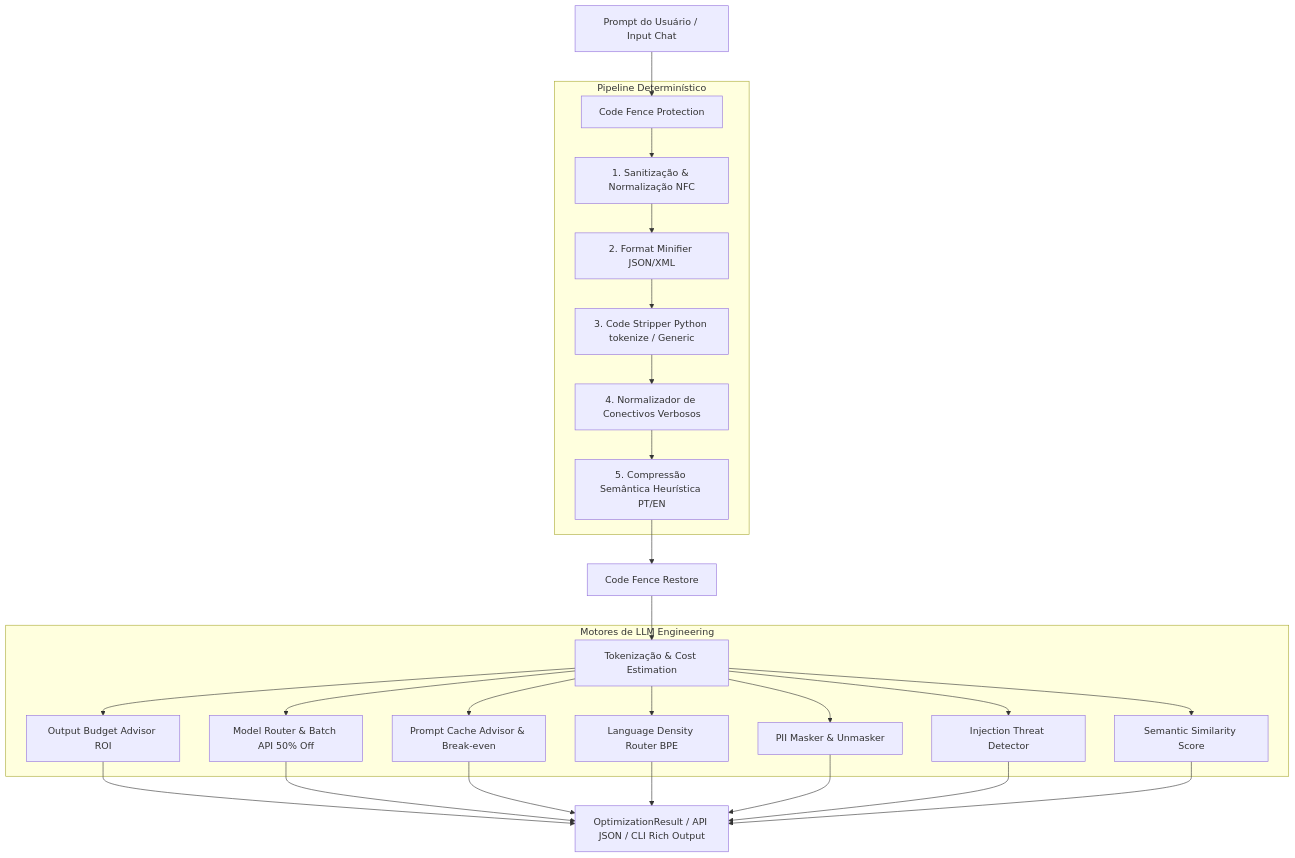
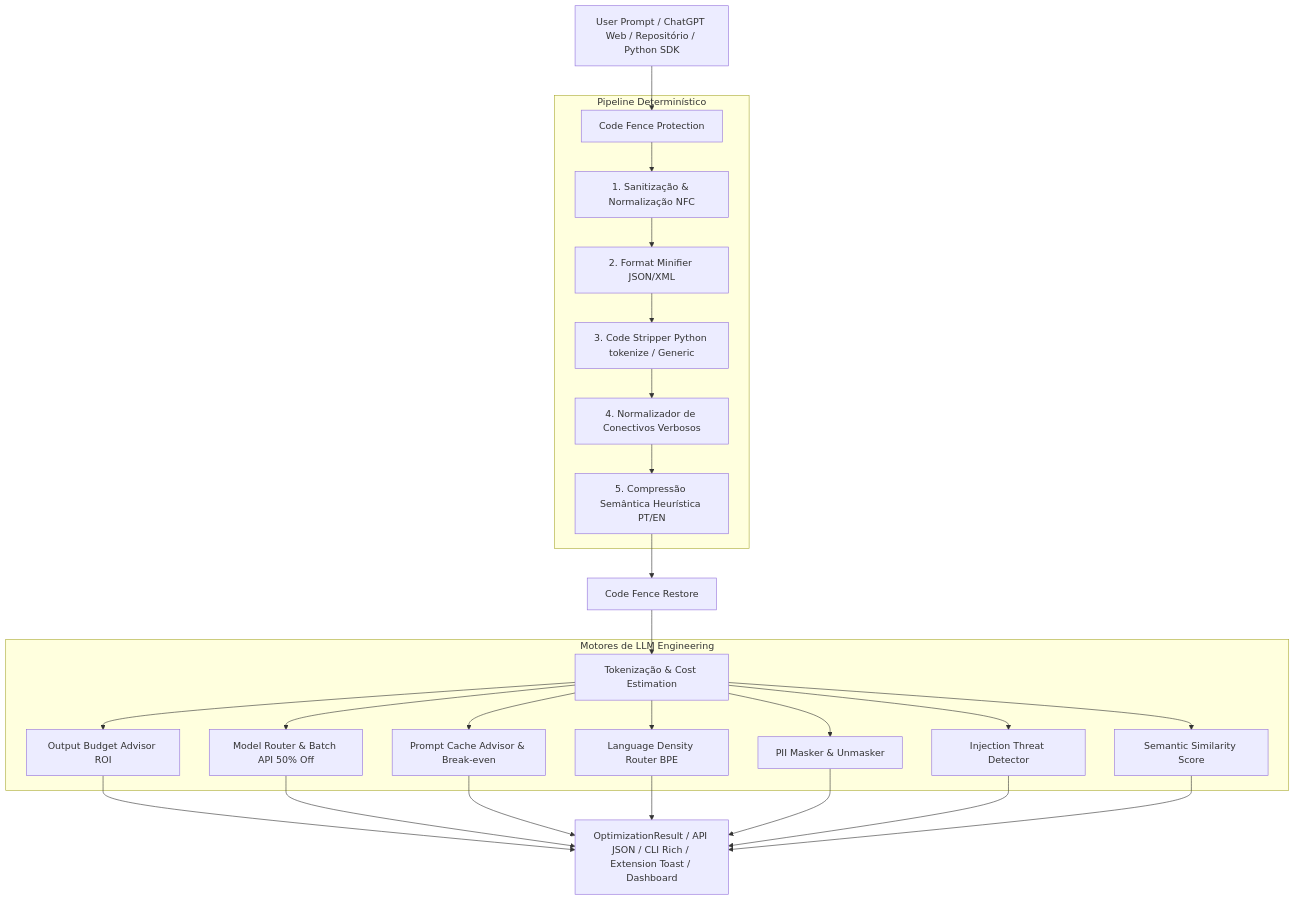
The diagram in README.md (HeloisaPeGarcia/PromptShrink), drawn with Mermaid before and after one commit. The commit also changed other lines of this file and 16 other files, not shown here.

````diff
--- a/README.md
+++ b/README.md
@@ -24,27 +59,27 @@
 ```mermaid
 flowchart TD
-    A[Prompt do Usuário / Input Chat] --> B[Code Fence Protection]
+    A[User Prompt / ChatGPT Web / Repositório / Python SDK] --> B[Code Fence Protection]
     
     subgraph Pipeline Determinístico
         B --> C[1. Sanitização & Normalização NFC]
         C --> D[2. Format Minifier JSON/XML]
         D --> E[3. Code Stripper Python tokenize / Generic]
         E --> F[4. Normalizador de Conectivos Verbosos]
         F --> G[5. Compressão Semântica Heurística PT/EN]
     end
     
     G --> H[Code Fence Restore]
     H --> I[Tokenização & Cost Estimation]
     
     subgraph Motores de LLM Engineering
         I --> J1[Output Budget Advisor ROI]
         I --> J2[Model Router & Batch API 50% Off]
         I --> J3[Prompt Cache Advisor & Break-even]
         I --> J4[Language Density Router BPE]
         I --> J5[PII Masker & Unmasker]
         I --> J6[Injection Threat Detector]
         I --> J7[Semantic Similarity Score]
     end
 
-    J1 & J2 & J3 & J4 & J5 & J6 & J7 --> K[OptimizationResult / API JSON / CLI Rich Output]
+    J1 & J2 & J3 & J4 & J5 & J6 & J7 --> K[OptimizationResult / API JSON / CLI Rich / Extension Toast / Dashboard]
 ```
````
